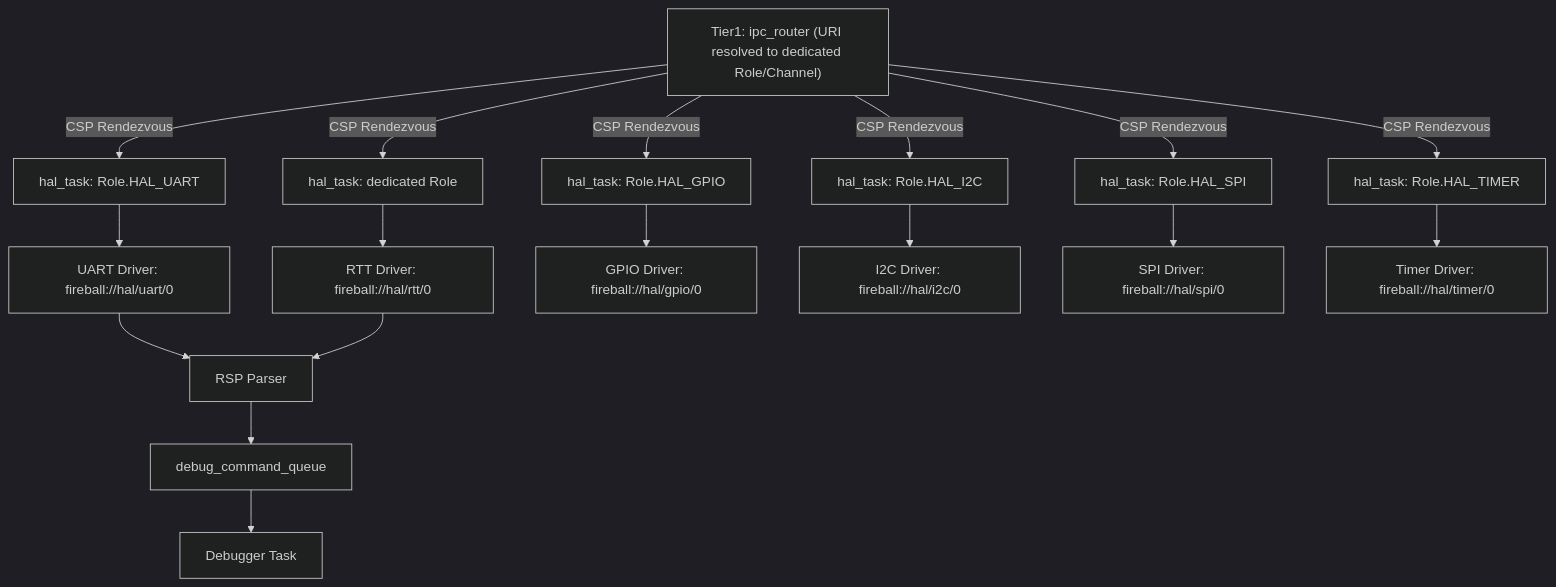
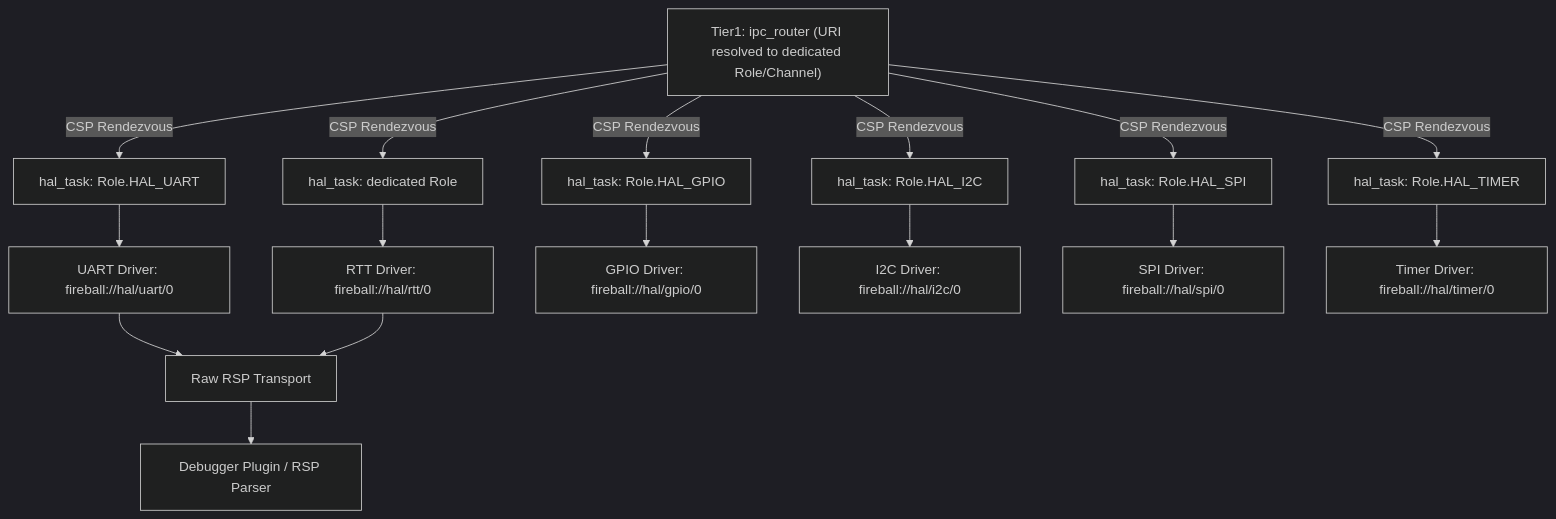
Before and after one commit to kmt-t/fireball: the first of 4 diagrams in docs/components/tier3_platform/platform_driver.md, drawn with Mermaid (dark theme). The commit also changed other lines of this file and 55 other files, not shown here.

Commit message:
Update project architecture and validation artifacts

````diff
--- a/docs/components/tier3_platform/platform_driver.md
+++ b/docs/components/tier3_platform/platform_driver.md
@@ -45,14 +44,13 @@
 ```mermaid
 flowchart TD
     IPCR["Tier1: ipc_router (URI resolved to dedicated Role/Channel)"]
     IPCR -->|CSP Rendezvous| T1["hal_task: Role.HAL_UART"] --> UART[UART Driver: fireball://hal/uart/0]
     IPCR -->|CSP Rendezvous| T2["hal_task: dedicated Role"] --> RTT[RTT Driver: fireball://hal/rtt/0]
     IPCR -->|CSP Rendezvous| T3["hal_task: Role.HAL_GPIO"] --> GPIO[GPIO Driver: fireball://hal/gpio/0]
     IPCR -->|CSP Rendezvous| T4["hal_task: Role.HAL_I2C"] --> I2C[I2C Driver: fireball://hal/i2c/0]
     IPCR -->|CSP Rendezvous| T5["hal_task: Role.HAL_SPI"] --> SPI[SPI Driver: fireball://hal/spi/0]
     IPCR -->|CSP Rendezvous| T6["hal_task: Role.HAL_TIMER"] --> Timer[Timer Driver: fireball://hal/timer/0]
-    UART --> RSP[RSP Parser]
-    RTT --> RSP
-    RSP --> Queue[debug_command_queue]
-    Queue --> Debugger[Debugger Task]
+    UART --> Raw[Raw RSP Transport]
+    RTT --> Raw
+    Raw --> Debugger[Debugger Plugin / RSP Parser]
 ```
````
